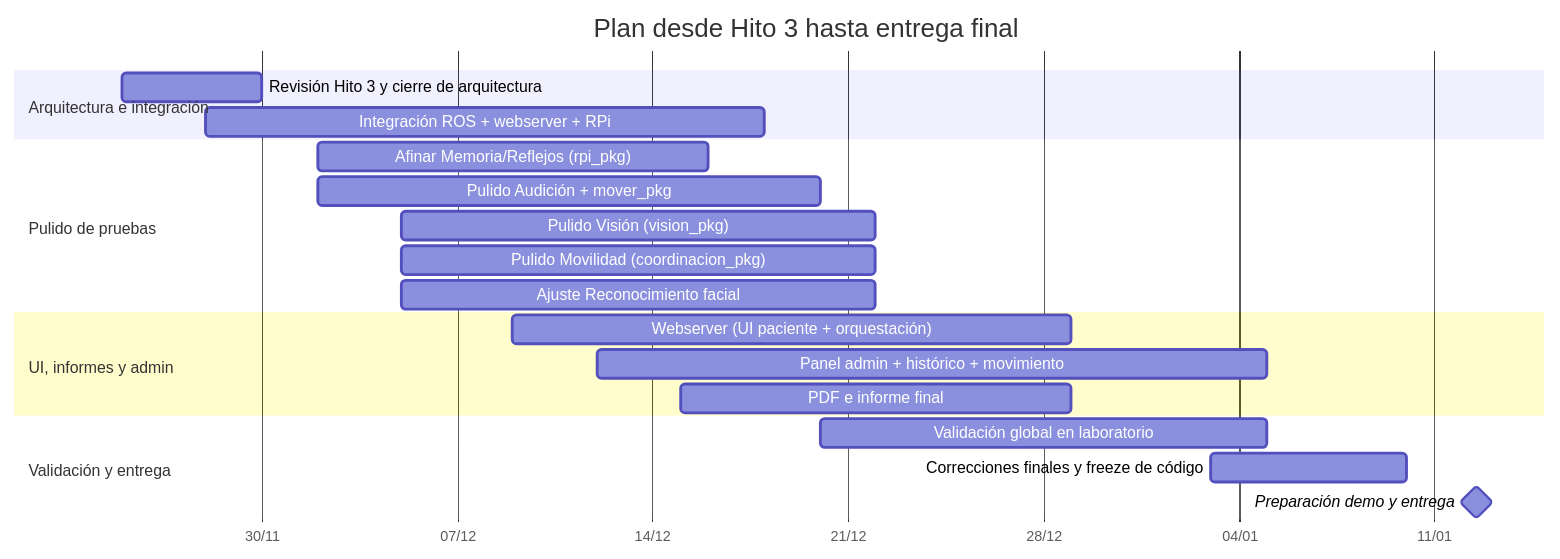
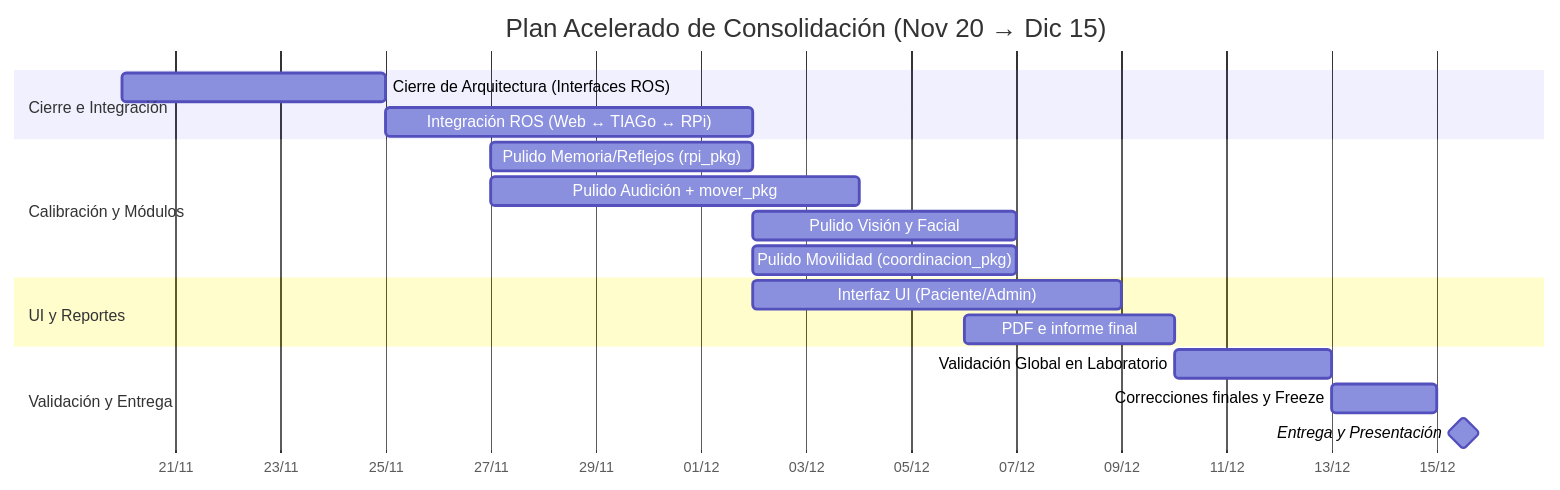
The second of 3 diagrams in README.md (11ander/psicotecnico), drawn with Mermaid before and after one commit. The commit also changed other lines of this file, not shown here.

````diff
--- a/README.md
+++ b/README.md
@@ -1567,27 +1532,25 @@
 ```mermaid
 gantt
     dateFormat  YYYY-MM-DD
-    title Plan desde Hito 3 hasta entrega final
+    title Plan Acelerado de Consolidación (Nov 20 → Dic 15)
     axisFormat %d/%m
 
-    section Arquitectura e integración
-    Revisión Hito 3 y cierre de arquitectura   :a1, 2025-11-25, 5d
-    Integración ROS + webserver + RPi          :a2, 2025-11-28, 2025-12-18
+    section Cierre e Integración
+    Cierre de Arquitectura (Interfaces ROS) :a1, 2025-11-20, 5d
+    Integración ROS (Web ↔ TIAGo ↔ RPi)    :a2, 2025-11-25, 7d
 
-    section Pulido de pruebas
-    Afinar Memoria/Reflejos (rpi_pkg)          :b1, 2025-12-02, 2025-12-16
-    Pulido Audición + mover_pkg                :b2, 2025-12-02, 2025-12-20
-    Pulido Visión (vision_pkg)                 :b3, 2025-12-05, 2025-12-22
-    Pulido Movilidad (coordinacion_pkg)        :b4, 2025-12-05, 2025-12-22
-    Ajuste Reconocimiento facial               :b5, 2025-12-05, 2025-12-22
+    section Calibración y Módulos
+    Pulido Memoria/Reflejos (rpi_pkg)       :b1, 2025-11-27, 5d
+    Pulido Audición + mover_pkg             :b2, 2025-11-27, 7d
+    Pulido Visión y Facial                  :b3, 2025-12-02, 5d
+    Pulido Movilidad (coordinacion_pkg)     :b4, 2025-12-02, 5d
 
-    section UI, informes y admin
-    Webserver (UI paciente + orquestación)     :c1, 2025-12-09, 2025-12-29
-    Panel admin + histórico + movimiento       :c2, 2025-12-12, 2026-01-05
-    PDF e informe final                        :c3, 2025-12-15, 2025-12-29
+    section UI y Reportes
+    Interfaz UI (Paciente/Admin)            :c1, 2025-12-02, 7d
+    PDF e informe final                     :c2, 2025-12-06, 4d
 
-    section Validación y entrega
-    Validación global en laboratorio           :d1, 2025-12-20, 2026-01-05
-    Correcciones finales y freeze de código    :d2, 2026-01-03, 2026-01-10
-    Preparación demo y entrega                 :milestone, d3, 2026-01-12, 1d
+    section Validación y Entrega
+    Validación Global en Laboratorio        :d1, 2025-12-10, 3d
+    Correcciones finales y Freeze           :d2, 2025-12-13, 2d
+    Entrega y Presentación                  :milestone, 2025-12-15, 1d
 ```
````
